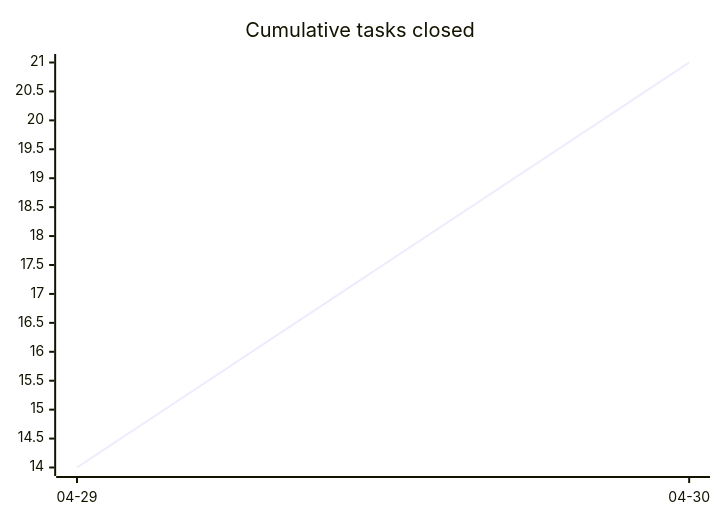
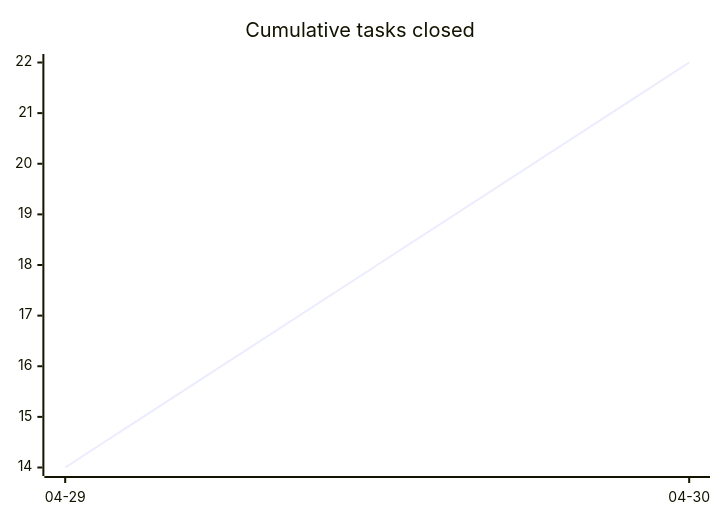
Before and after one commit to tgd1975/AwesomeStudioPedal: the first of 3 diagrams in docs/developers/tasks/OVERVIEW.md, drawn with Mermaid. The commit also changed other lines of this file and 5 other files, not shown here.

Commit message:
close TASK-321: Fix CI failures (Mermaid lint, clang-tidy) and prevent dirty pushes

````diff
--- a/docs/developers/tasks/OVERVIEW.md
+++ b/docs/developers/tasks/OVERVIEW.md
@@ -20,6 +20,6 @@
 ```mermaid
 xychart-beta
     title "Cumulative tasks closed"
     x-axis ["04-29", "04-30"]
-    line [14, 21]
+    line [14, 22]
 ```
````
